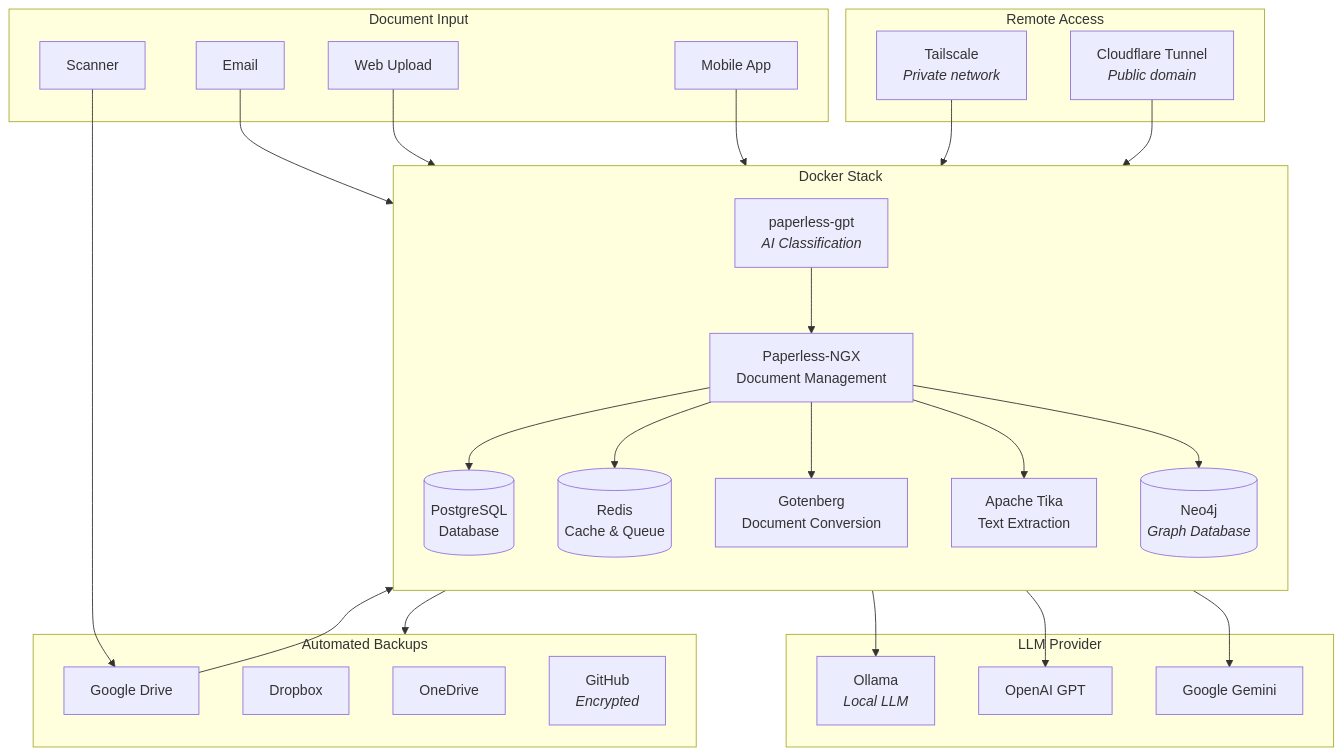
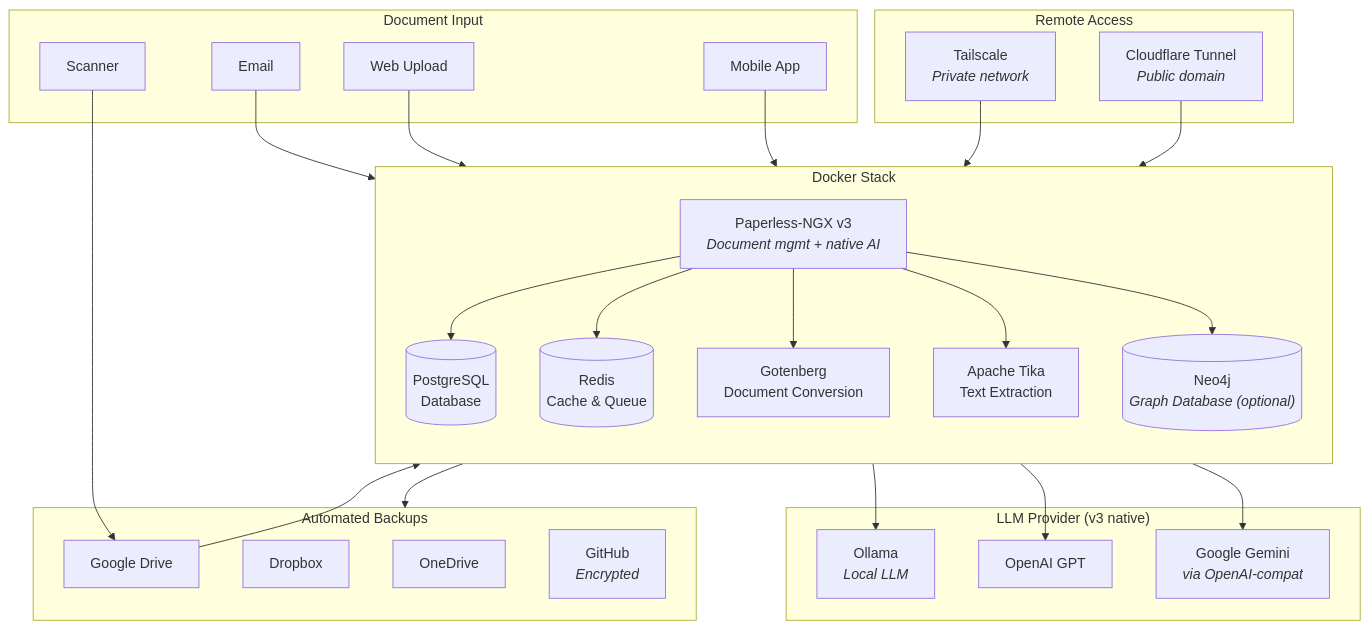
Before and after one commit to tural-ali/paperless-overconfigured: the diagram in README.md, drawn with Mermaid. The commit also changed other lines of this file and 4 other files, not shown here.

First line of the commit message:
Migrate to Paperless-NGX v3 native AI, drop paperless-gpt

````diff
--- a/README.md
+++ b/README.md
@@ -123,56 +121,54 @@
 ```mermaid
 graph TB
     subgraph Access["Remote Access"]
         TS["Tailscale<br/><i>Private network</i>"]
         CF["Cloudflare Tunnel<br/><i>Public domain</i>"]
     end
 
     subgraph Stack["Docker Stack"]
         direction TB
-        P["Paperless-NGX<br/>Document Management"]
-        GPT["paperless-gpt<br/><i>AI Classification</i>"]
-        N4J[("Neo4j<br/><i>Graph Database</i>")]
+        P["Paperless-NGX v3<br/><i>Document mgmt + native AI</i>"]
+        N4J[("Neo4j<br/><i>Graph Database (optional)</i>")]
         DB[("PostgreSQL<br/>Database")]
         Redis[("Redis<br/>Cache & Queue")]
         Gotenberg["Gotenberg<br/>Document Conversion"]
         Tika["Apache Tika<br/>Text Extraction"]
     end
 
-    subgraph AI["LLM Provider"]
-        Gemini["Google Gemini"]
+    subgraph AI["LLM Provider (v3 native)"]
+        Gemini["Google Gemini<br/><i>via OpenAI-compat</i>"]
         OpenAI["OpenAI GPT"]
         Ollama["Ollama<br/><i>Local LLM</i>"]
     end
 
     subgraph Backup["Automated Backups"]
         GDrive["Google Drive"]
         Dropbox["Dropbox"]
         OneDrive["OneDrive"]
         GitHub["GitHub<br/><i>Encrypted</i>"]
     end
 
     subgraph Input["Document Input"]
         Scanner["Scanner"]
         Email["Email"]
         Upload["Web Upload"]
         Mobile["Mobile App"]
     end
 
     TS --> P
     CF --> P
     P --> DB
     P --> Redis
     P --> Gotenberg
     P --> Tika
-    GPT --> P
-    GPT --> Gemini
-    GPT --> OpenAI
-    GPT --> Ollama
+    P --> Gemini
+    P --> OpenAI
+    P --> Ollama
     Scanner --> GDrive
     GDrive --> P
     Email --> P
     Upload --> P
     Mobile --> P
     P --> N4J
     P --> Backup
 ```
````
